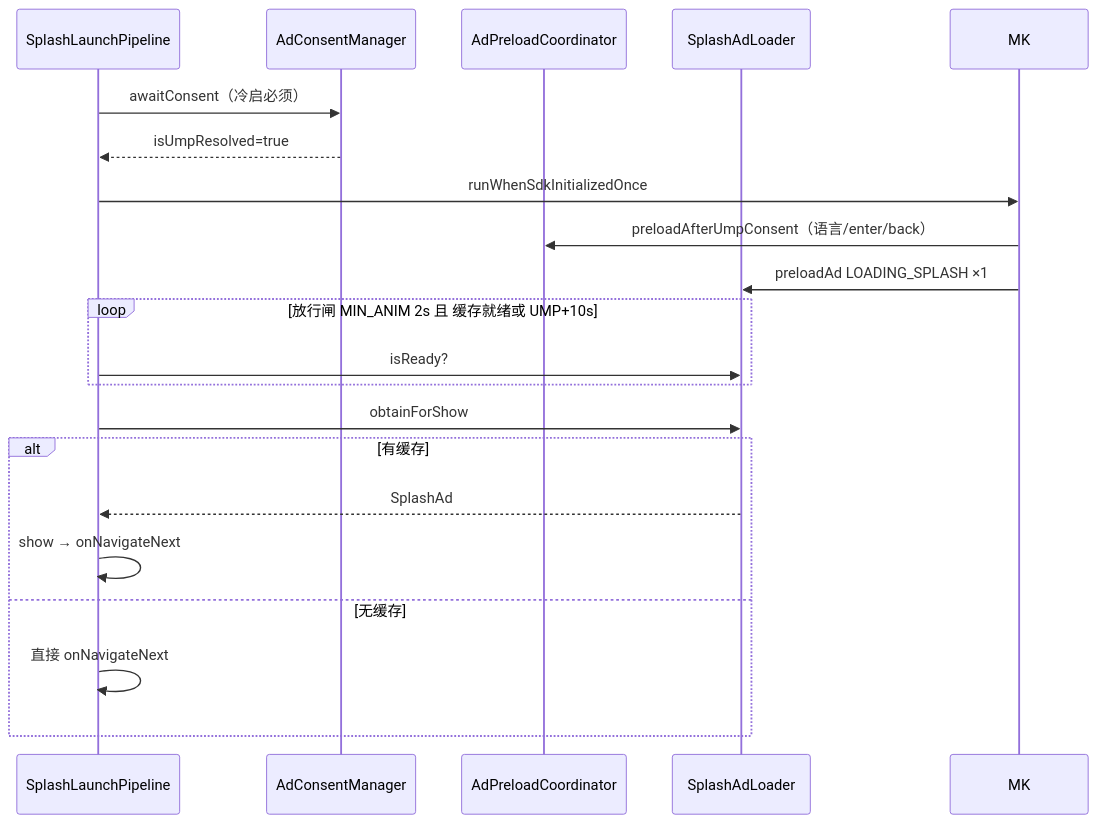
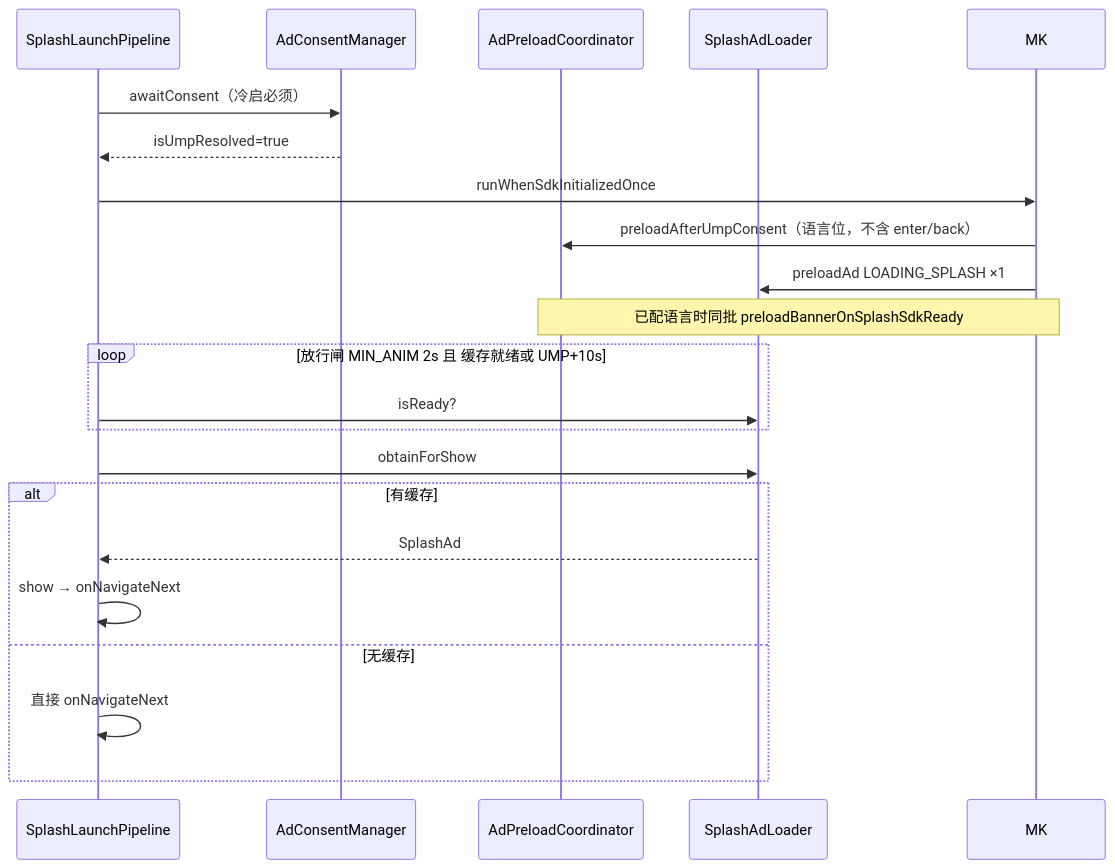
Before and after one commit to captainGithubAccount/skill: the diagram in admob广告/splash-loading.md, drawn with Mermaid. The commit also changed other lines of this file and 14 other files, not shown here.

````diff
--- a/admob广告/splash-loading.md
+++ b/admob广告/splash-loading.md
@@ -12,23 +12,24 @@
 ```mermaid
 sequenceDiagram
     participant S as SplashLaunchPipeline
     participant UMP as AdConsentManager
     participant C as AdPreloadCoordinator
     participant L as SplashAdLoader
 
     S->>UMP: awaitConsent（冷启必须）
     UMP-->>S: isUmpResolved=true
     S->>MK: runWhenSdkInitializedOnce
-    MK->>C: preloadAfterUmpConsent（语言/enter/back）
+    MK->>C: preloadAfterUmpConsent（语言位，不含 enter/back）
     MK->>L: preloadAd LOADING_SPLASH ×1
+    Note over MK,C: 已配语言时同批 preloadBannerOnSplashSdkReady
     loop 放行闸 MIN_ANIM 2s 且 缓存就绪或 UMP+10s
         S->>L: isReady?
     end
     S->>L: obtainForShow
     alt 有缓存
         L-->>S: SplashAd
         S->>S: show → onNavigateNext
     else 无缓存
         S->>S: 直接 onNavigateNext
     end
 ```
````
